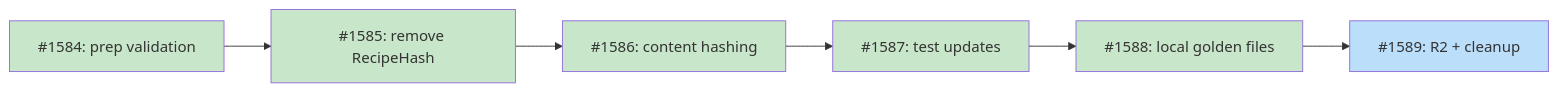
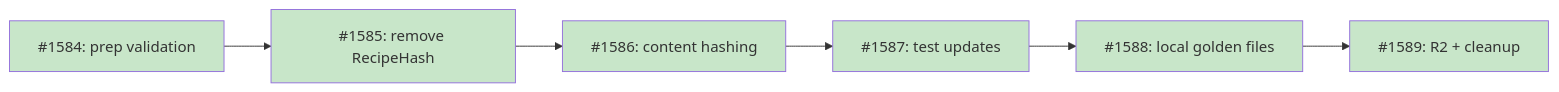
One commit to tsukumogami/tsuku changed the diagram in docs/designs/DESIGN-plan-hash-removal.md. Above: the diagram before and after it, drawn with Mermaid. The commit also changed other lines of this file and 2 other files, not shown here.

Commit message:
chore(golden): cleanup scripts for v4 format and mark #1589 done
Phase 6 cleanup from DESIGN-plan-hash-removal.md:
- Remove x-tsuku-recipe-hash metadata from R2 uploads in r2-upload.sh
- Update FORMAT_VERSION from 3 to 4 in r2-upload.sh
- Revert validate-golden.sh v3->v4 migration accommodations (no longer
  need to strip recipe_hash since all golden files are now v4)

Note: R2 golden file regeneration requires manual trigger after merge:
  gh workflow run publish-golden-to-r2.yml --ref main -f recipes="*"

Fixes #1589

````diff
--- a/docs/designs/DESIGN-plan-hash-removal.md
+++ b/docs/designs/DESIGN-plan-hash-removal.md
@@ -347,23 +347,22 @@
 ```mermaid
 graph LR
     I1584["#1584: prep validation"]
     I1585["#1585: remove RecipeHash"]
     I1586["#1586: content hashing"]
     I1587["#1587: test updates"]
     I1588["#1588: local golden files"]
     I1589["#1589: R2 + cleanup"]
 
     I1584 --> I1585
     I1585 --> I1586
     I1586 --> I1587
     I1587 --> I1588
     I1588 --> I1589
 
     classDef done fill:#c8e6c9
     classDef ready fill:#bbdefb
     classDef blocked fill:#fff9c4
     classDef needsDesign fill:#e1bee7
 
-    class I1584,I1585,I1586,I1587,I1588 done
-    class I1589 ready
+    class I1584,I1585,I1586,I1587,I1588,I1589 done
 ```
````
